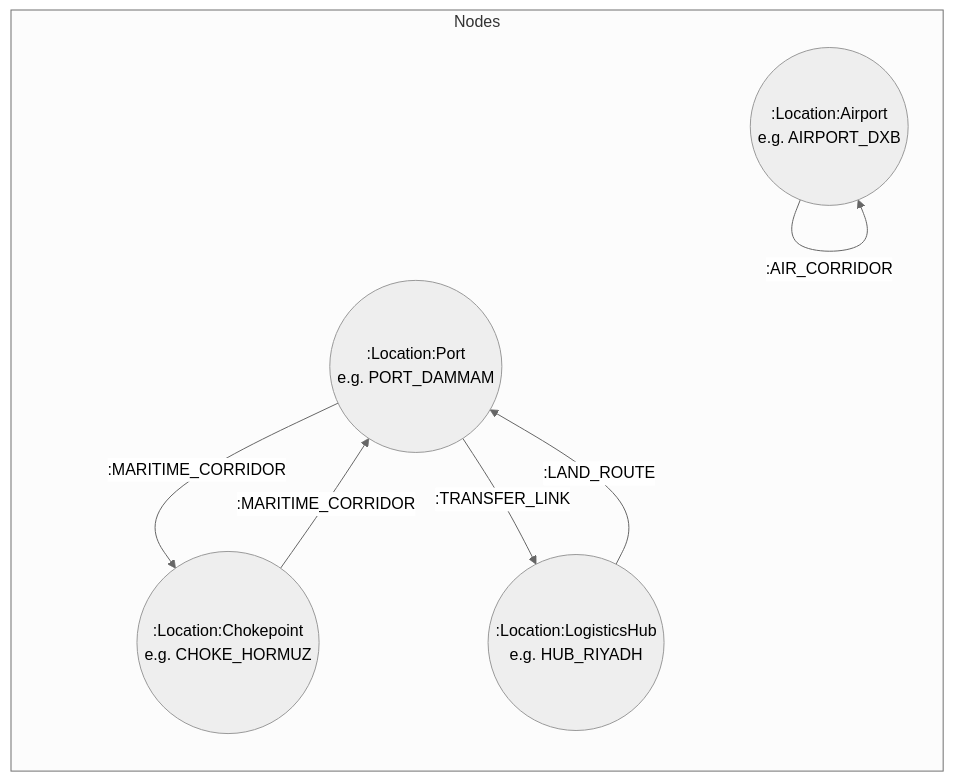
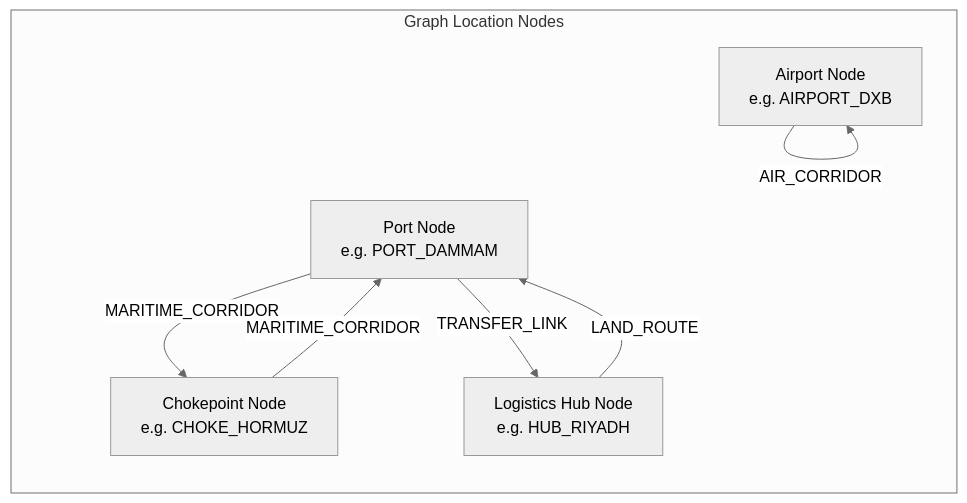
The diagram in database/README.md (SaadRimeh/L.I.N.K.-Logistics-Intelligence-Network-Kernel-), drawn with Mermaid (neutral theme) before and after one commit. The commit also changed 1 other file, not shown here.

Commit message:
fix(docs): resolve Mermaid syntax parse error for GitHub render

````diff
--- a/database/README.md
+++ b/database/README.md
@@ -11,15 +11,15 @@
 ```mermaid
 graph LR
-    subgraph Nodes
-        PORT((:Location:Port<br/>e.g. PORT_DAMMAM))
-        AIRPORT((:Location:Airport<br/>e.g. AIRPORT_DXB))
-        HUB((:Location:LogisticsHub<br/>e.g. HUB_RIYADH))
-        CHOKE((:Location:Chokepoint<br/>e.g. CHOKE_HORMUZ))
+    subgraph NODES["Graph Location Nodes"]
+        PORT["Port Node<br/>e.g. PORT_DAMMAM"]
+        AIRPORT["Airport Node<br/>e.g. AIRPORT_DXB"]
+        HUB["Logistics Hub Node<br/>e.g. HUB_RIYADH"]
+        CHOKE["Chokepoint Node<br/>e.g. CHOKE_HORMUZ"]
     end
 
-    PORT -- ":MARITIME_CORRIDOR" --> CHOKE
-    PORT -- ":TRANSFER_LINK" --> HUB
-    HUB -- ":LAND_ROUTE" --> PORT
-    AIRPORT -- ":AIR_CORRIDOR" --> AIRPORT
-    CHOKE -- ":MARITIME_CORRIDOR" --> PORT
+    PORT -->|MARITIME_CORRIDOR| CHOKE
+    PORT -->|TRANSFER_LINK| HUB
+    HUB -->|LAND_ROUTE| PORT
+    AIRPORT -->|AIR_CORRIDOR| AIRPORT
+    CHOKE -->|MARITIME_CORRIDOR| PORT
 ```
````
